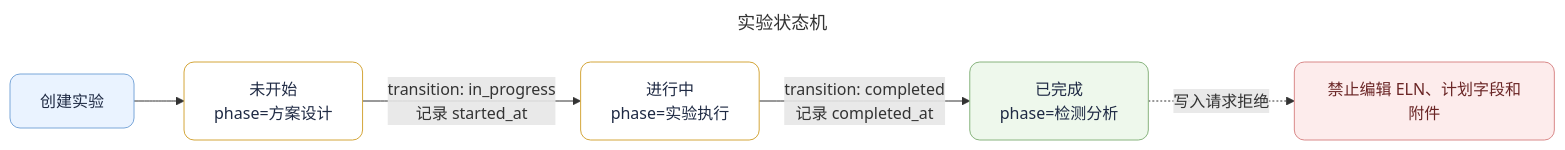
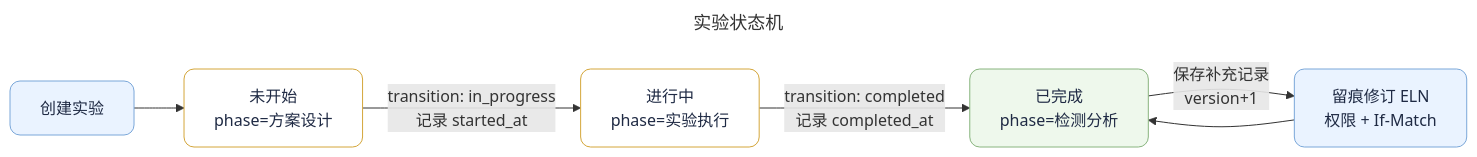
The third of 4 diagrams in docs/detailed-design.md (bujiuzhi/labAssistant), drawn with Mermaid before and after one commit. The commit also changed other lines of this file and 89 other files, not shown here.

````diff
--- a/docs/detailed-design.md
+++ b/docs/detailed-design.md
@@ -194,21 +210,21 @@
 ```mermaid
 ---
 title: 实验状态机
 ---
 flowchart LR
     Create["创建实验"]:::process
     NotStarted["未开始<br/>phase=方案设计"]:::state
     InProgress["进行中<br/>phase=实验执行"]:::state
     Completed["已完成<br/>phase=检测分析"]:::success
-    Locked["禁止编辑 ELN、计划字段和附件"]:::failure
+    Revision["留痕修订 ELN<br/>权限 + If-Match"]:::process
 
     Create --> NotStarted
     NotStarted -->|"transition: in_progress<br/>记录 started_at"| InProgress
     InProgress -->|"transition: completed<br/>记录 completed_at"| Completed
-    Completed -. "写入请求拒绝" .-> Locked
+    Completed -->|"保存补充记录<br/>version+1"| Revision
+    Revision --> Completed
 
     classDef process fill:#EAF3FF,stroke:#7AA7D9,stroke-width:1px,color:#1F2A44,rx:10,ry:10;
     classDef state fill:#FFFFFF,stroke:#D4A63A,stroke-width:1px,color:#1F2A44,rx:10,ry:10;
     classDef success fill:#EEF8EC,stroke:#88B47E,stroke-width:1px,color:#1F2A44,rx:10,ry:10;
-    classDef failure fill:#FDECEC,stroke:#D98989,stroke-width:1px,color:#6A2525,rx:10,ry:10;
 ```
````
